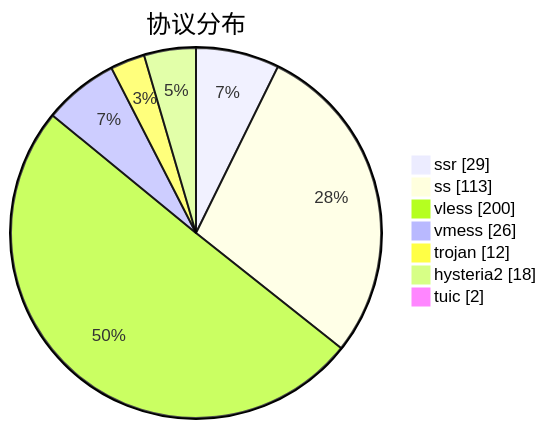
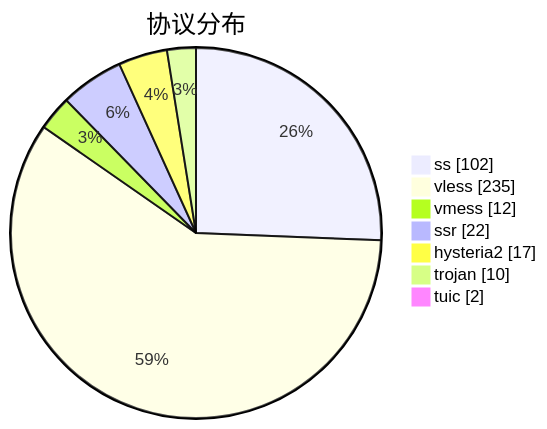
Before and after one commit to qjlxg/airport: the third of 3 diagrams in subs/statistics/tested_within.md, drawn with Mermaid. The commit also changed other lines of this file and 2 other files, not shown here.

````diff
--- a/subs/statistics/tested_within.md
+++ b/subs/statistics/tested_within.md
@@ -33,11 +28,11 @@
 ```mermaid
 pie showData
 title 协议分布
-"ssr" : 29
-"ss" : 113
-"vless" : 200
-"vmess" : 26
-"trojan" : 12
-"hysteria2" : 18
+"ss" : 102
+"vless" : 235
+"vmess" : 12
+"ssr" : 22
+"hysteria2" : 17
+"trojan" : 10
 "tuic" : 2
 ```
````
